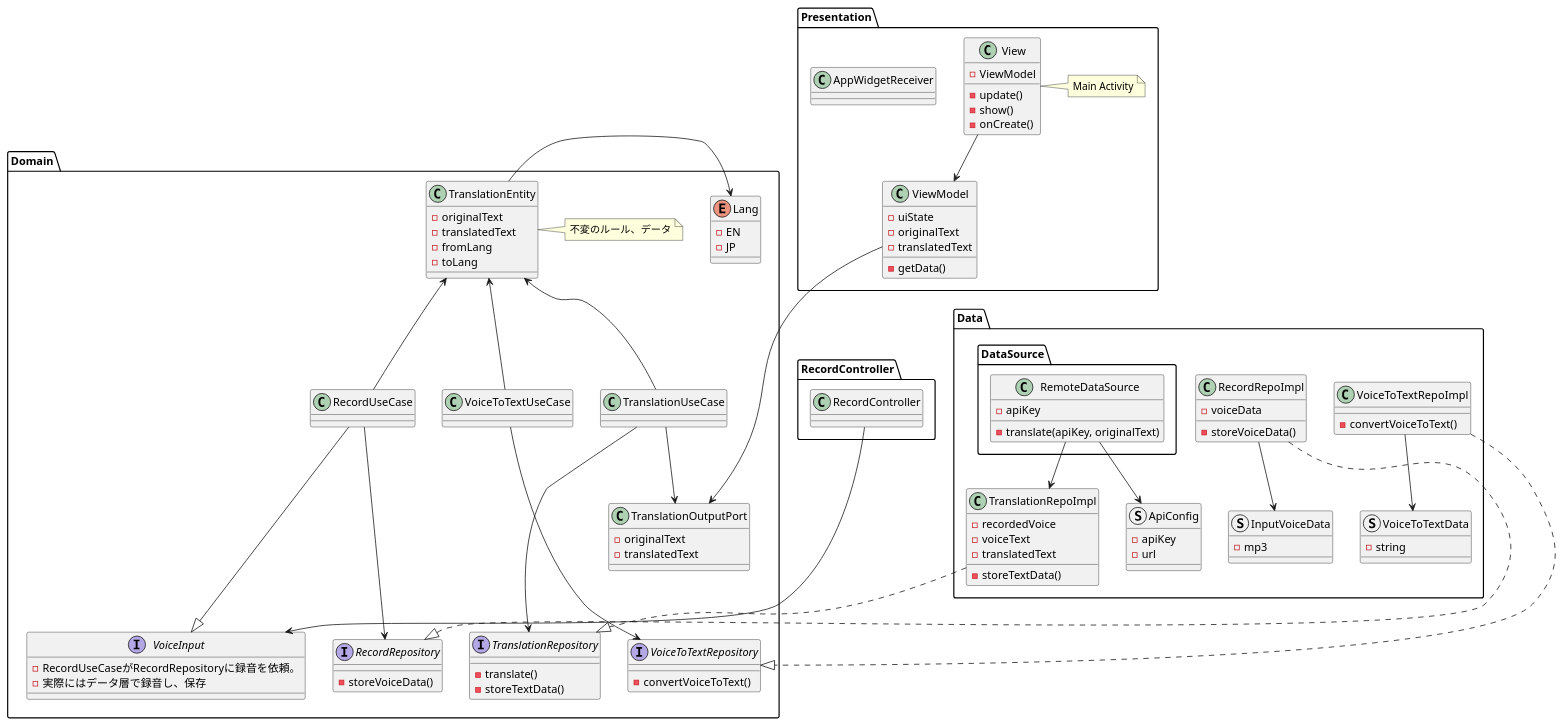
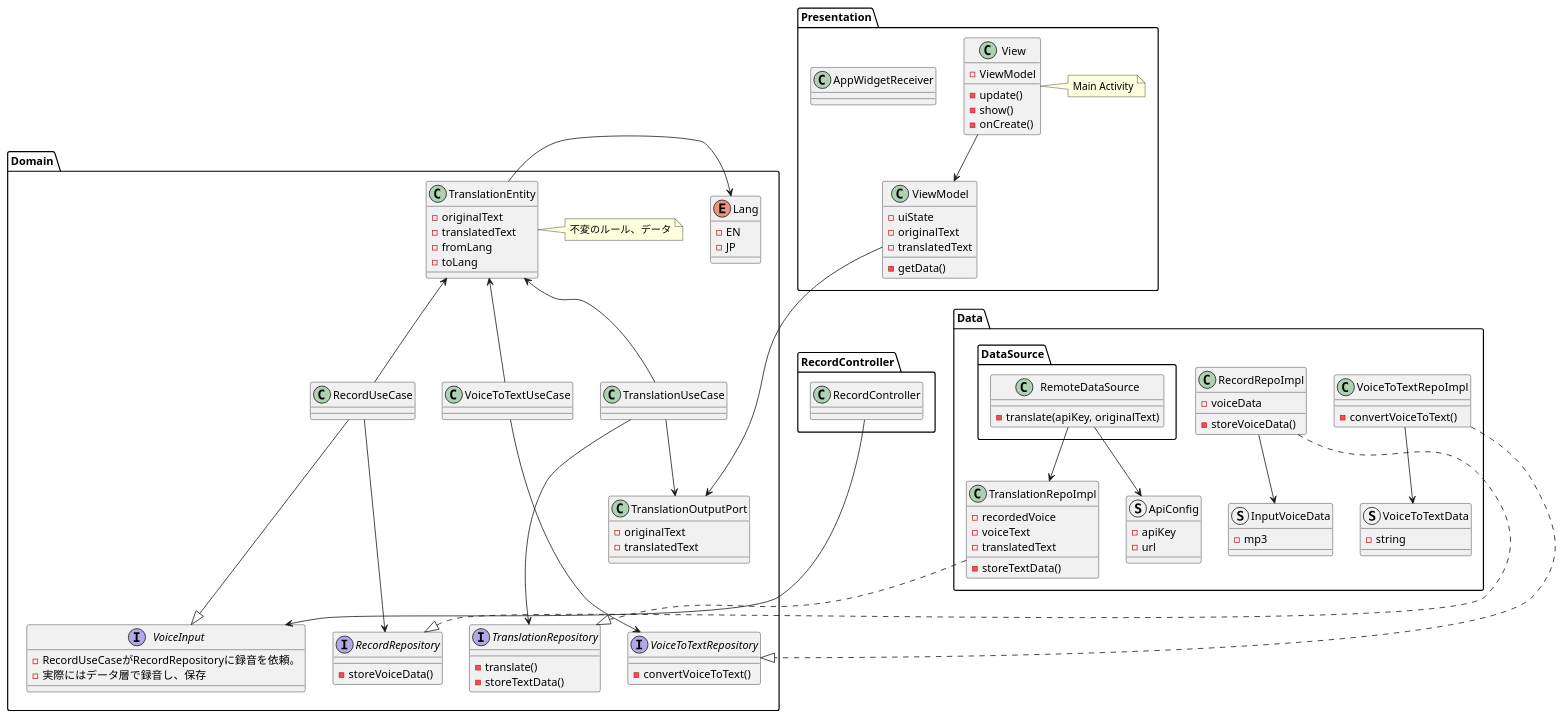
The diagram in app/docs/class_overview.puml (eight50/SeamlessTranslation), drawn with PlantUML before and after one commit. The commit also changed 13 other files, not shown here.

```diff
--- a/app/docs/class_overview.puml
+++ b/app/docs/class_overview.puml
@@ -1,166 +1,165 @@
 @startuml
 
 package Domain {
 
     together {
         class TranslationEntity {
             - originalText
             - translatedText
             - fromLang
             - toLang
         }
 
         enum Lang {
             - EN
             - JP
         }
     }
 
     together {
         class TranslationUseCase {
 
         }
 
         class RecordUseCase {
 
         }
 
         class VoiceToTextUseCase {
 
         }
     }
 
     together {
         interface TranslationRepository {
             - translate()
             - storeTextData()
         }
 
         interface RecordRepository {
             - storeVoiceData()
         }
 
         interface VoiceToTextRepository {
             - convertVoiceToText()
 
         }
 
         interface VoiceInput {
             - RecordUseCaseがRecordRepositoryに録音を依頼。
             - 実際にはデータ層で録音し、保存
         }
 
     }
 
     class TranslationOutputPort {
         - originalText
         - translatedText
     }
 
 
 
     TranslationEntity --right> Lang
     TranslationUseCase --up> TranslationEntity
     TranslationUseCase --> TranslationRepository
     TranslationUseCase --> TranslationOutputPort
     RecordUseCase --up> TranslationEntity
     RecordUseCase --> RecordRepository
     RecordUseCase ---|> VoiceInput
     VoiceToTextUseCase --up> TranslationEntity
     VoiceToTextUseCase --> VoiceToTextRepository
 
     note right of TranslationEntity : 不変のルール、データ
 }
 
 
 package RecordController {
 
     RecordController ---> VoiceInput
 }
 
 
 package Presentation {
     class View {
         - ViewModel
         - update()
         - show()
         - onCreate()
     }
 
     class ViewModel {
         - uiState
         - originalText
         - translatedText
         - getData()
     }
 
     class AppWidgetReceiver {
 
     }
 
     View --> ViewModel
     ViewModel ---> TranslationOutputPort
     note right of View : Main Activity
 }
 
 
 package Data {
     class TranslationRepoImpl {
         - recordedVoice
         - voiceText
         - translatedText
         - storeTextData()
     }
 
     class RecordRepoImpl {
         - voiceData
         - storeVoiceData()
     }
 
     class VoiceToTextRepoImpl {
         - convertVoiceToText()
     }
 
     struct ApiConfig {
         - apiKey
         - url
     }
 
     struct InputVoiceData {
         - mp3
     }
 
     struct VoiceToTextData {
         - string
     }
 
 
     package DataSource {
 
         class RemoteDataSource {
-            -apiKey
             - translate(apiKey, originalText)
         }
     }
 
     TranslationRepoImpl ..|> TranslationRepository
     RecordRepoImpl ..|> RecordRepository
     RecordRepoImpl --> InputVoiceData
     RemoteDataSource --> TranslationRepoImpl
     RemoteDataSource --> ApiConfig
     VoiceToTextRepoImpl ..|> VoiceToTextRepository
     VoiceToTextRepoImpl --> VoiceToTextData
 
 }
 
 
 
 
 
 
 
 
 
 
 
 @enduml
```
